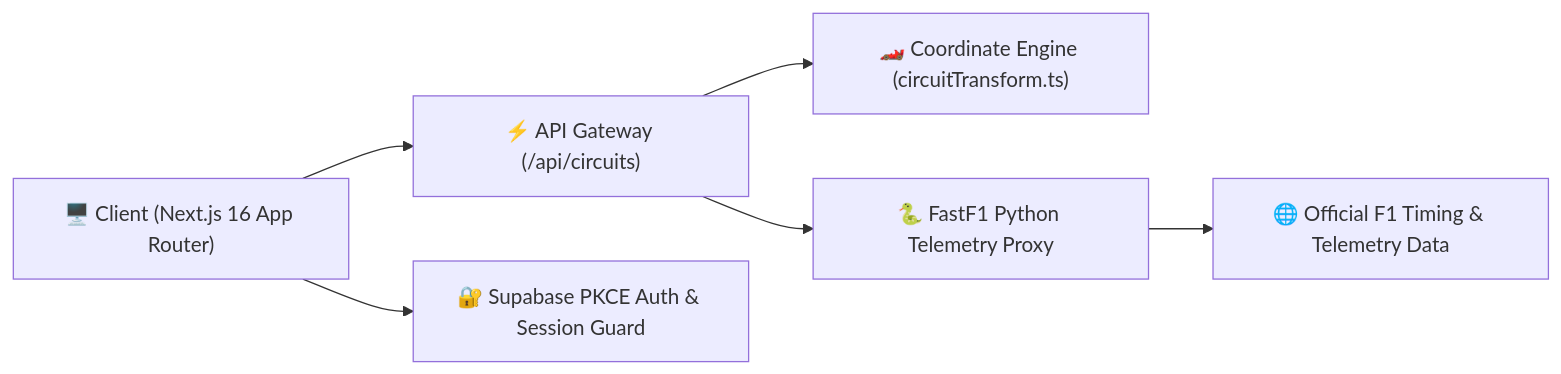
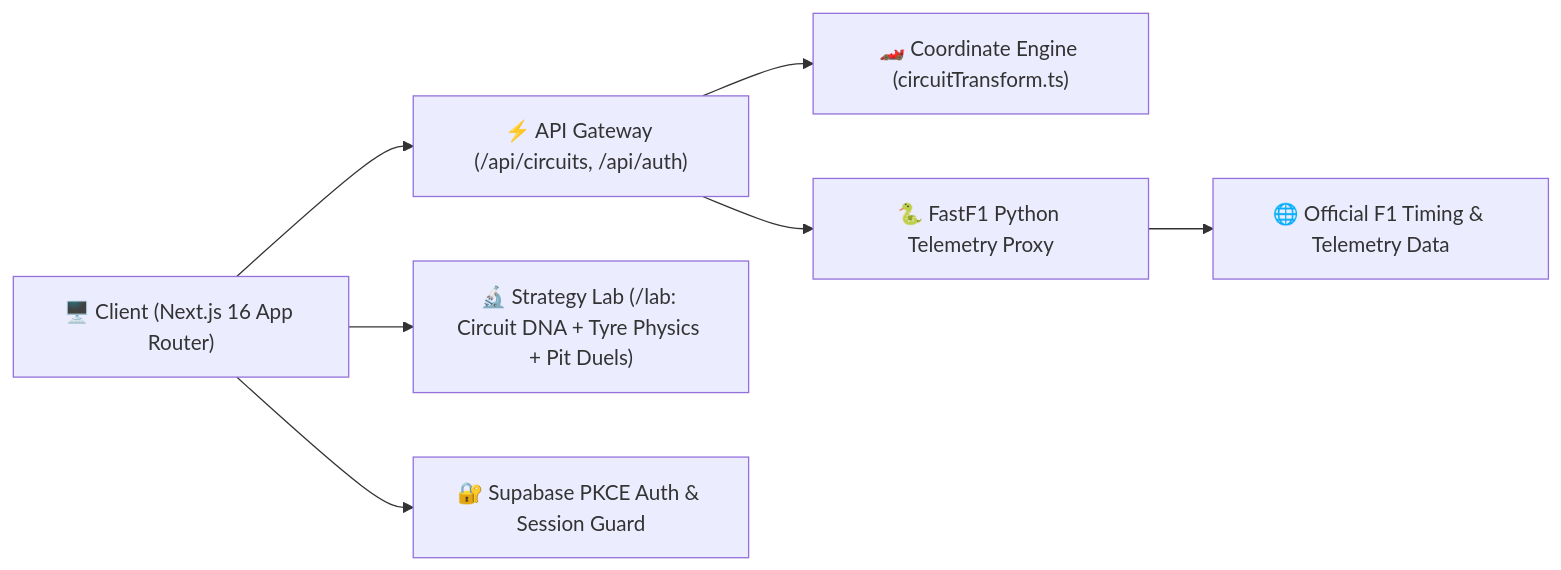
The diagram in README.md (Hritik983567-Art/paddock), drawn with Mermaid before and after one commit. The commit also changed other lines of this file and 29 other files, not shown here.

Commit message:
feat: eliminate mock data in live telemetry, integrate strategy lab suite, and update docs

````diff
--- a/README.md
+++ b/README.md
@@ -63,8 +79,9 @@
 ```mermaid
 graph LR
-    Client["🖥️ Client (Next.js 16 App Router)"] --> API["⚡ API Gateway (/api/circuits)"]
+    Client["🖥️ Client (Next.js 16 App Router)"] --> API["⚡ API Gateway (/api/circuits, /api/auth)"]
+    Client --> Lab["🔬 Strategy Lab (/lab: Circuit DNA + Tyre Physics + Pit Duels)"]
     API --> Engine["🏎️ Coordinate Engine (circuitTransform.ts)"]
     API --> Proxy["🐍 FastF1 Python Telemetry Proxy"]
     Proxy --> FastF1["🌐 Official F1 Timing & Telemetry Data"]
     Client --> Supabase["🔐 Supabase PKCE Auth & Session Guard"]
 ```
````
